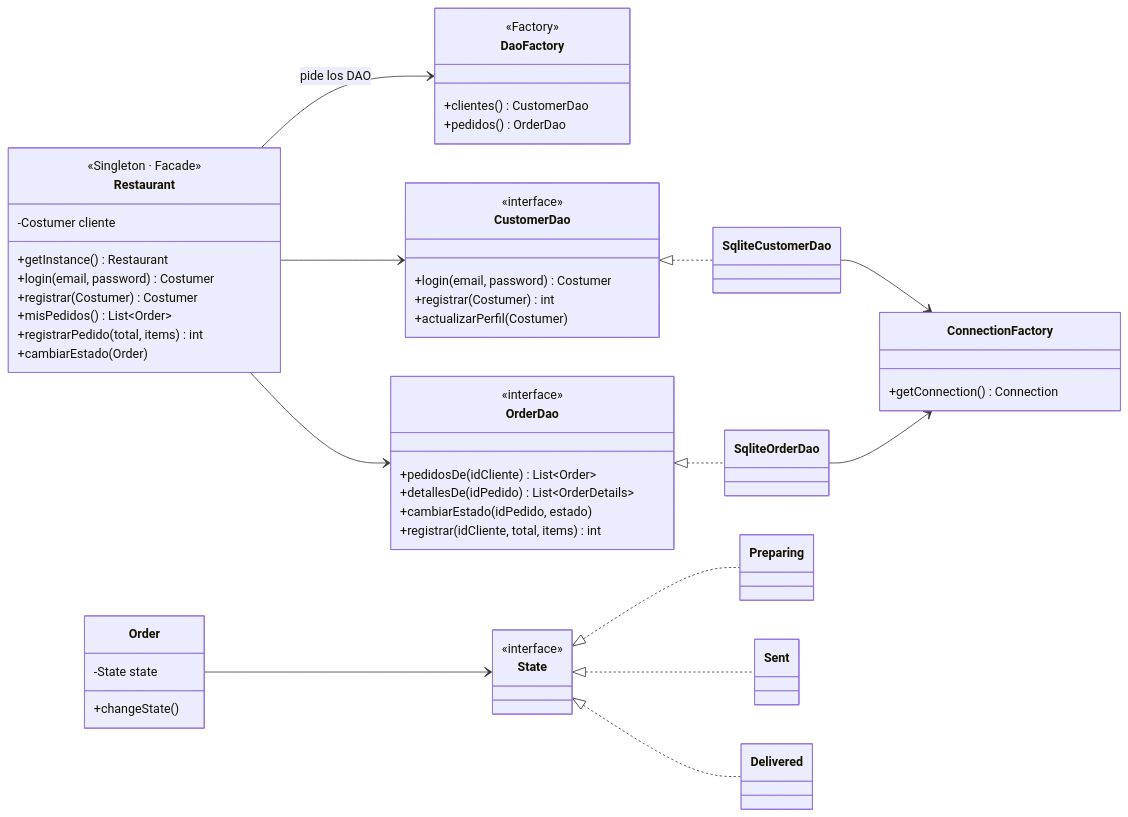
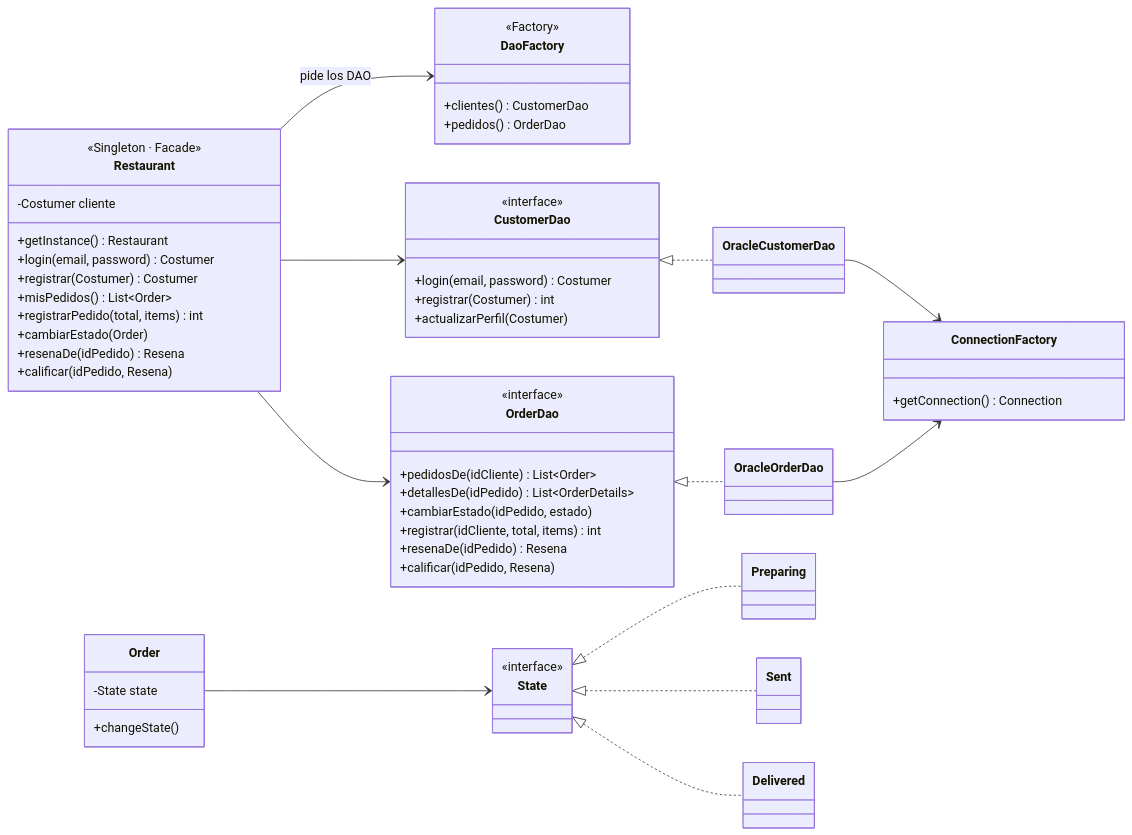
Before and after one commit to Jesusjes00/Le-cartoon-Gourtmet: the second of 5 diagrams in docs/REFERENCIA_TECNICA.md, drawn with Mermaid. The commit also changed other lines of this file and 13 other files, not shown here.

Commit message:
Solo Oracle: se elimina SQLite (DAOs, sqlite-jdbc, Restaurant.db) y las reseñas se guardan en PEDIDO.CALIFICACION/RESENA

````diff
--- a/docs/REFERENCIA_TECNICA.md
+++ b/docs/REFERENCIA_TECNICA.md
@@ -69,55 +69,59 @@
 ```mermaid
 classDiagram
     direction LR
     class Restaurant {
       <<Singleton · Facade>>
       -Costumer cliente
       +getInstance() Restaurant
       +login(email, password) Costumer
       +registrar(Costumer) Costumer
       +misPedidos() List~Order~
       +registrarPedido(total, items) int
       +cambiarEstado(Order)
+      +resenaDe(idPedido) Resena
+      +calificar(idPedido, Resena)
     }
     class DaoFactory {
       <<Factory>>
       +clientes() CustomerDao
       +pedidos() OrderDao
     }
     class CustomerDao {
       <<interface>>
       +login(email, password) Costumer
       +registrar(Costumer) int
       +actualizarPerfil(Costumer)
     }
     class OrderDao {
       <<interface>>
       +pedidosDe(idCliente) List~Order~
       +detallesDe(idPedido) List~OrderDetails~
       +cambiarEstado(idPedido, estado)
       +registrar(idCliente, total, items) int
+      +resenaDe(idPedido) Resena
+      +calificar(idPedido, Resena)
     }
-    class SqliteCustomerDao
-    class SqliteOrderDao
+    class OracleCustomerDao
+    class OracleOrderDao
     class ConnectionFactory {
       +getConnection() Connection
     }
     class Order {
       -State state
       +changeState()
     }
     class State {
       <<interface>>
     }
     Restaurant --> DaoFactory : pide los DAO
     Restaurant --> CustomerDao
     Restaurant --> OrderDao
-    CustomerDao <|.. SqliteCustomerDao
-    OrderDao <|.. SqliteOrderDao
-    SqliteCustomerDao --> ConnectionFactory
-    SqliteOrderDao --> ConnectionFactory
+    CustomerDao <|.. OracleCustomerDao
+    OrderDao <|.. OracleOrderDao
+    OracleCustomerDao --> ConnectionFactory
+    OracleOrderDao --> ConnectionFactory
     Order --> State
     State <|.. Preparing
     State <|.. Sent
     State <|.. Delivered
 ```
````
